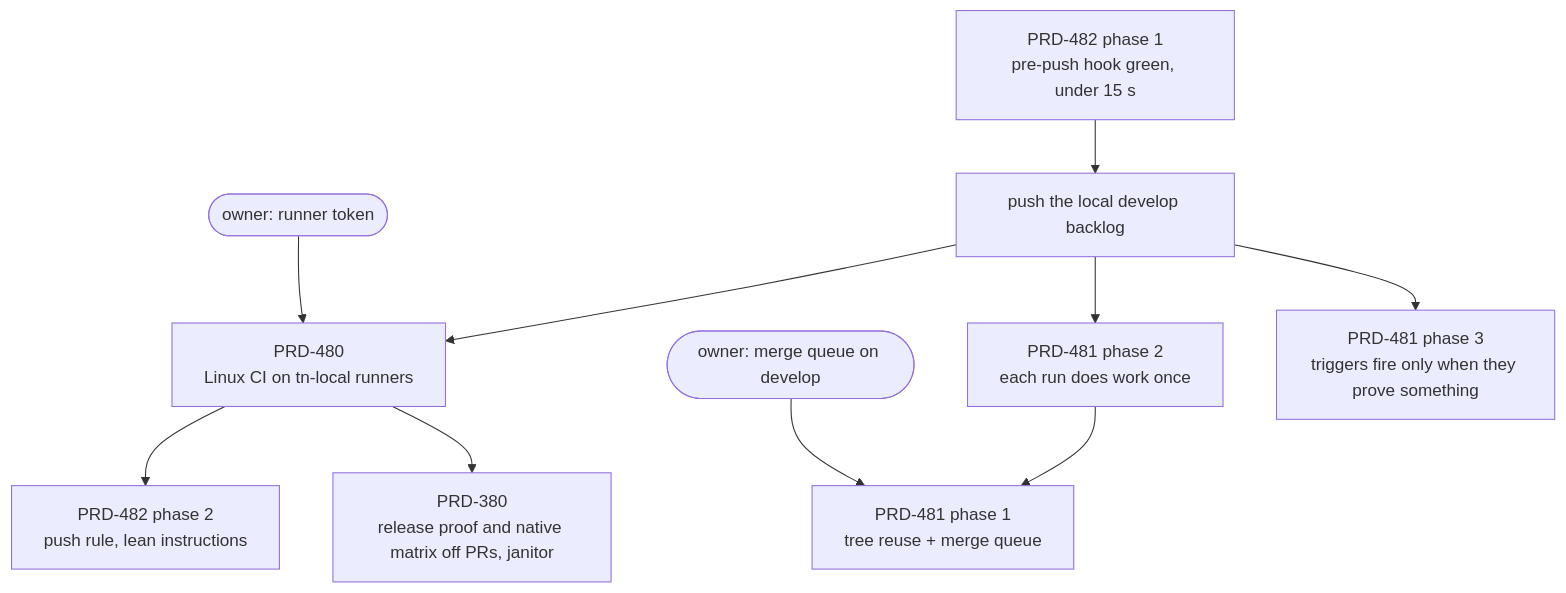
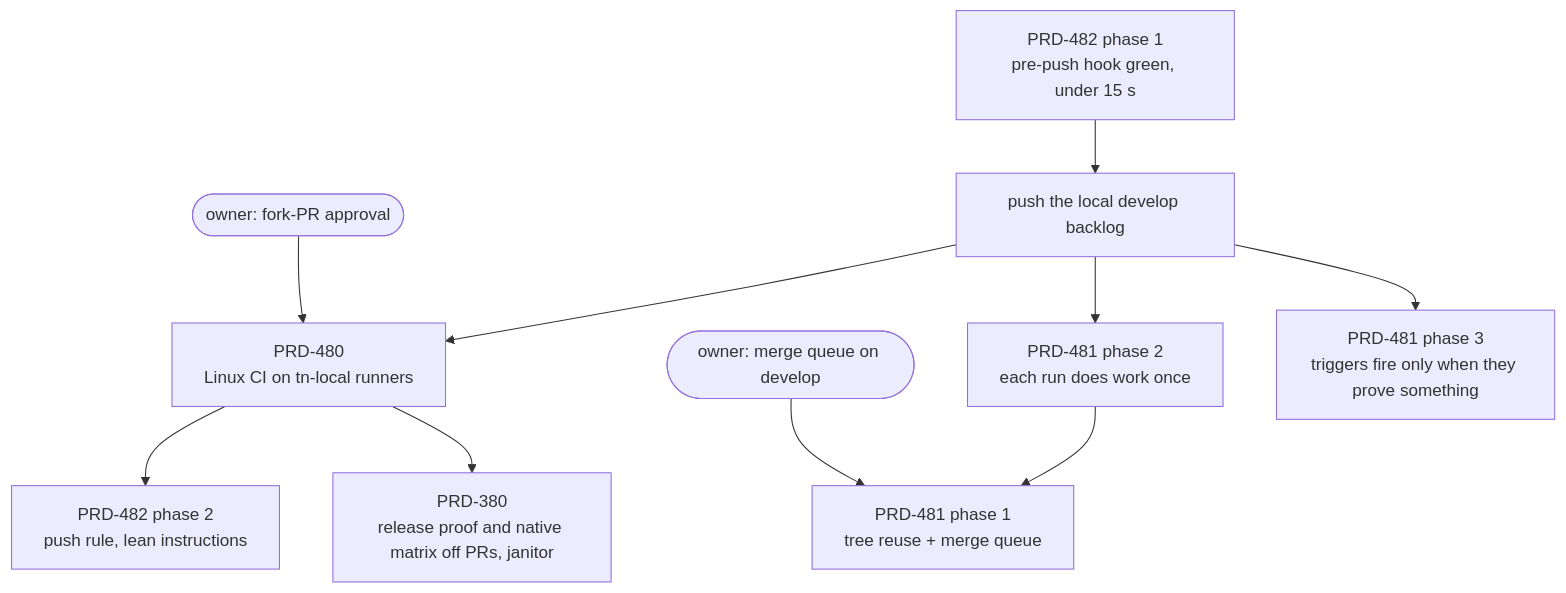
The diagram in docs/PRDs/CI/EXECUTION-ORDER.md (ThreeNativeHQ/threenative), drawn with Mermaid before and after one commit. The commit also changed other lines of this file and 1 other file, not shown here.

Commit message:
docs(prd): CI execution order works as a goal; runner token done, fork approval still open

````diff
--- a/docs/PRDs/CI/EXECUTION-ORDER.md
+++ b/docs/PRDs/CI/EXECUTION-ORDER.md
@@ -10,12 +10,12 @@
 ```mermaid
 flowchart TD
   A["PRD-482 phase 1<br/>pre-push hook green, under 15 s"] --> P["push the local develop backlog"]
-  T(["owner: runner token"]) --> B["PRD-480<br/>Linux CI on tn-local runners"]
+  T(["owner: fork-PR approval"]) --> B["PRD-480<br/>Linux CI on tn-local runners"]
   P --> B
   P --> C["PRD-481 phase 2<br/>each run does work once"]
   M(["owner: merge queue on develop"]) --> D["PRD-481 phase 1<br/>tree reuse + merge queue"]
   C --> D
   B --> E["PRD-482 phase 2<br/>push rule, lean instructions"]
   B --> F["PRD-380<br/>release proof and native matrix off PRs, janitor"]
   P --> G["PRD-481 phase 3<br/>triggers fire only when they prove something"]
 ```
````
